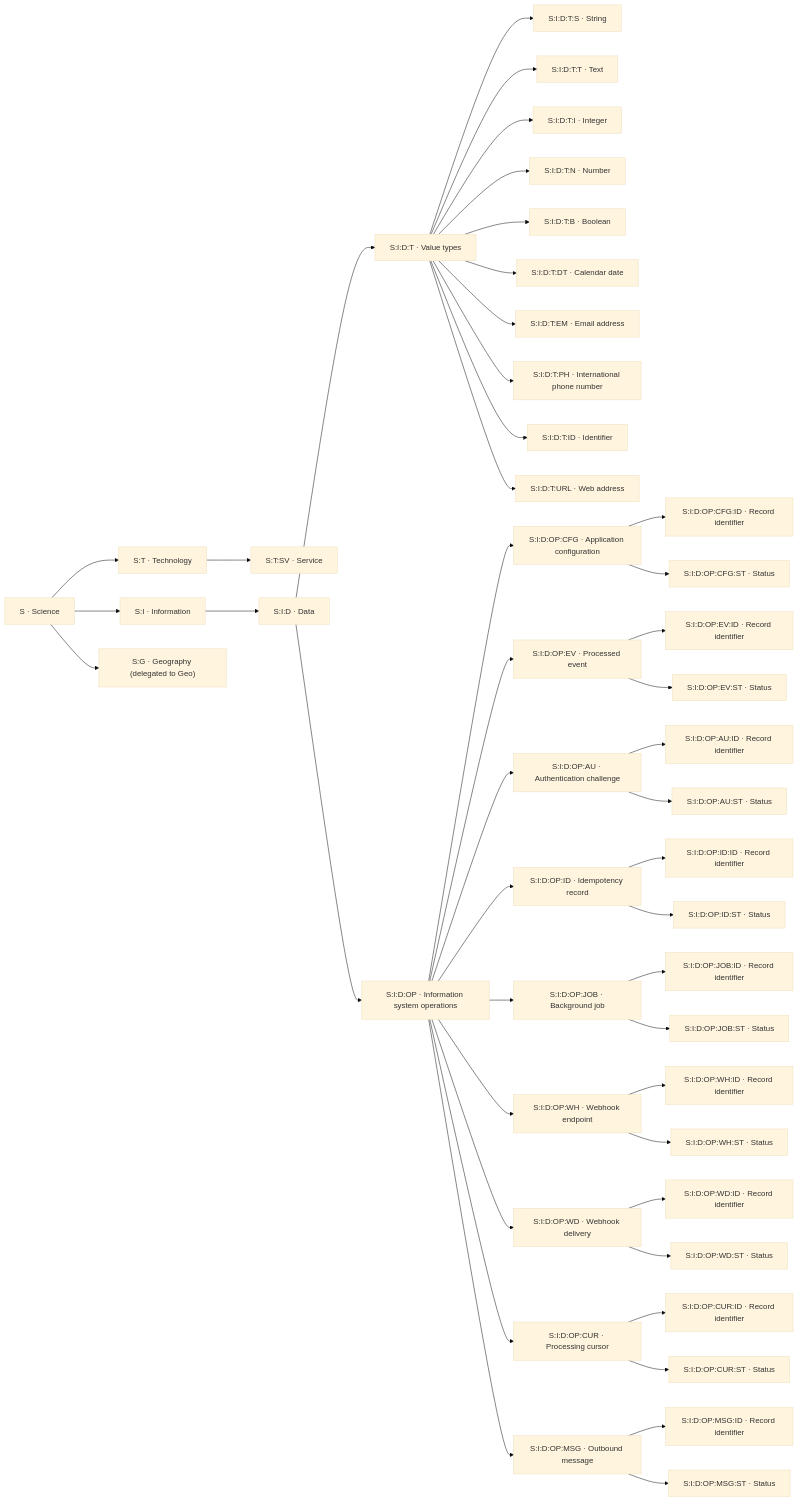
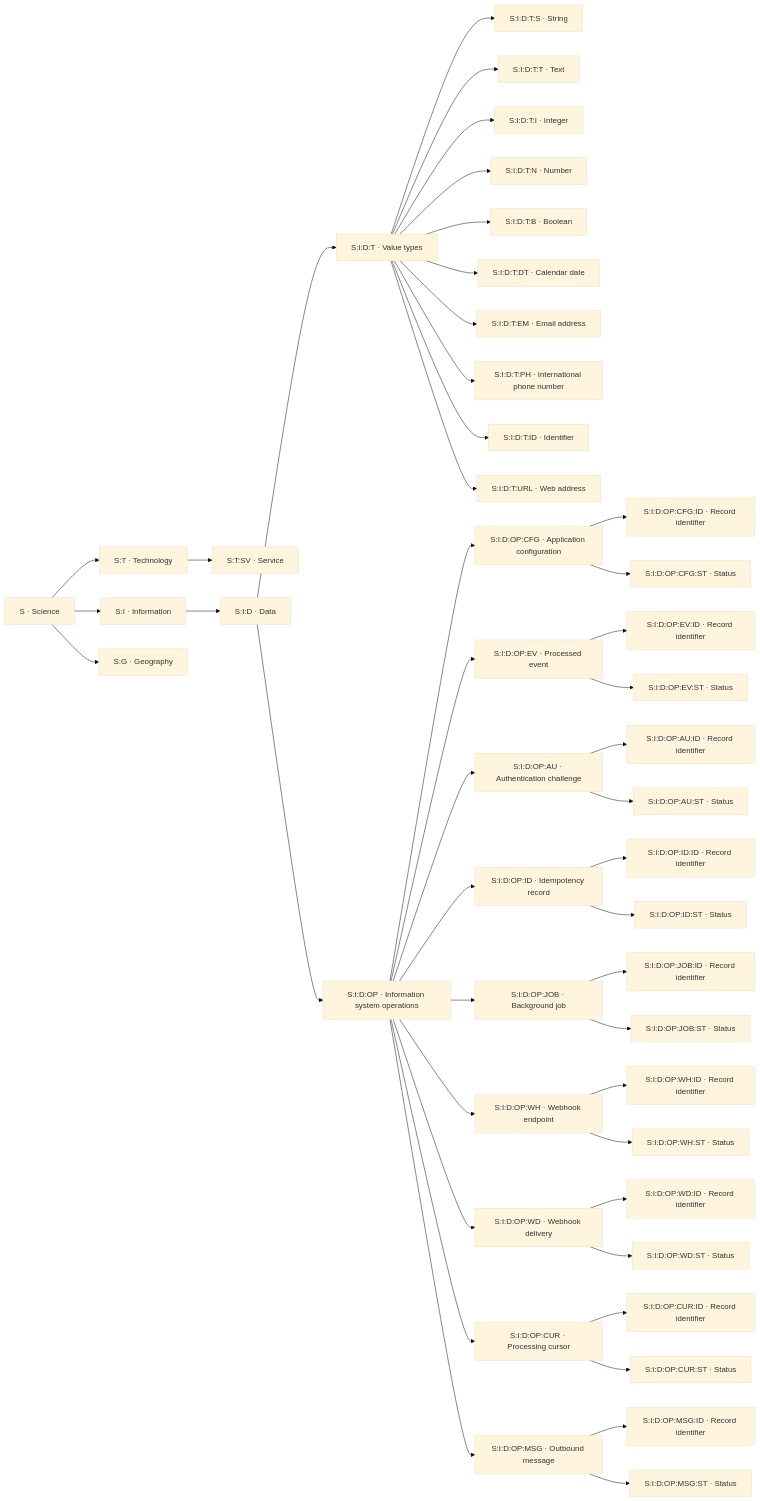
One commit to VowLabs/Ontology changed the fifth of 7 diagrams in docs/taxonomy.md. Above: the diagram before and after it, drawn with Mermaid (base theme). The commit also changed other lines of this file and 318 other files, not shown here.

````diff
--- a/docs/taxonomy.md
+++ b/docs/taxonomy.md
@@ -1050,12 +1103,14 @@
     n_S_I_D_OP_MSG["S:I:D:OP:MSG · Outbound message"]
     n_S_I_D_OP_MSG_ID["S:I:D:OP:MSG:ID · Record identifier"]
     n_S_I_D_OP_MSG_ST["S:I:D:OP:MSG:ST · Status"]
-    n_S_G["S:G · Geography (delegated to Geo)"]
+    n_S_G["S:G · Geography"]
     n_S --> n_S_T
+    n_S --> n_S_I
+    n_S --> n_S_G
     n_S_T --> n_S_T_SV
-    n_S --> n_S_I
     n_S_I --> n_S_I_D
     n_S_I_D --> n_S_I_D_T
+    n_S_I_D --> n_S_I_D_OP
     n_S_I_D_T --> n_S_I_D_T_S
     n_S_I_D_T --> n_S_I_D_T_T
     n_S_I_D_T --> n_S_I_D_T_I
@@ -1066,33 +1121,31 @@
     n_S_I_D_T --> n_S_I_D_T_PH
     n_S_I_D_T --> n_S_I_D_T_ID
     n_S_I_D_T --> n_S_I_D_T_URL
-    n_S_I_D --> n_S_I_D_OP
     n_S_I_D_OP --> n_S_I_D_OP_CFG
+    n_S_I_D_OP --> n_S_I_D_OP_EV
+    n_S_I_D_OP --> n_S_I_D_OP_AU
+    n_S_I_D_OP --> n_S_I_D_OP_ID
+    n_S_I_D_OP --> n_S_I_D_OP_JOB
+    n_S_I_D_OP --> n_S_I_D_OP_WH
+    n_S_I_D_OP --> n_S_I_D_OP_WD
+    n_S_I_D_OP --> n_S_I_D_OP_CUR
+    n_S_I_D_OP --> n_S_I_D_OP_MSG
     n_S_I_D_OP_CFG --> n_S_I_D_OP_CFG_ID
     n_S_I_D_OP_CFG --> n_S_I_D_OP_CFG_ST
-    n_S_I_D_OP --> n_S_I_D_OP_EV
     n_S_I_D_OP_EV --> n_S_I_D_OP_EV_ID
     n_S_I_D_OP_EV --> n_S_I_D_OP_EV_ST
-    n_S_I_D_OP --> n_S_I_D_OP_AU
     n_S_I_D_OP_AU --> n_S_I_D_OP_AU_ID
     n_S_I_D_OP_AU --> n_S_I_D_OP_AU_ST
-    n_S_I_D_OP --> n_S_I_D_OP_ID
     n_S_I_D_OP_ID --> n_S_I_D_OP_ID_ID
     n_S_I_D_OP_ID --> n_S_I_D_OP_ID_ST
-    n_S_I_D_OP --> n_S_I_D_OP_JOB
     n_S_I_D_OP_JOB --> n_S_I_D_OP_JOB_ID
     n_S_I_D_OP_JOB --> n_S_I_D_OP_JOB_ST
-    n_S_I_D_OP --> n_S_I_D_OP_WH
     n_S_I_D_OP_WH --> n_S_I_D_OP_WH_ID
     n_S_I_D_OP_WH --> n_S_I_D_OP_WH_ST
-    n_S_I_D_OP --> n_S_I_D_OP_WD
     n_S_I_D_OP_WD --> n_S_I_D_OP_WD_ID
     n_S_I_D_OP_WD --> n_S_I_D_OP_WD_ST
-    n_S_I_D_OP --> n_S_I_D_OP_CUR
     n_S_I_D_OP_CUR --> n_S_I_D_OP_CUR_ID
     n_S_I_D_OP_CUR --> n_S_I_D_OP_CUR_ST
-    n_S_I_D_OP --> n_S_I_D_OP_MSG
     n_S_I_D_OP_MSG --> n_S_I_D_OP_MSG_ID
     n_S_I_D_OP_MSG --> n_S_I_D_OP_MSG_ST
-    n_S --> n_S_G
 ```
````
